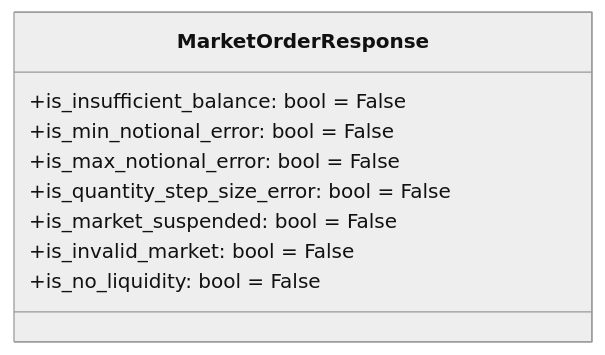
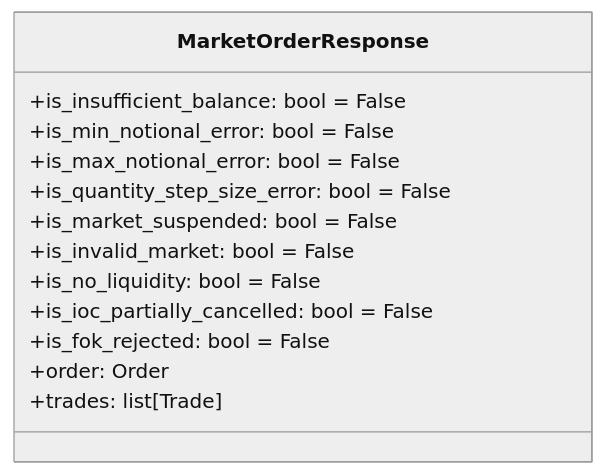
One commit to gatesplan/python-toolbox changed the fourth of 16 diagrams in packages/financial-assets/financial_assets/response/Architecture.md. Above: the diagram before and after it, drawn with Mermaid (neutral theme). The commit also changed other lines of this file and 10 other files, not shown here.

````diff
--- a/packages/financial-assets/financial_assets/response/Architecture.md
+++ b/packages/financial-assets/financial_assets/response/Architecture.md
@@ -141,12 +150,16 @@
 ```mermaid
 classDiagram
     class MarketOrderResponse {
         +is_insufficient_balance: bool = False
         +is_min_notional_error: bool = False
         +is_max_notional_error: bool = False
         +is_quantity_step_size_error: bool = False
         +is_market_suspended: bool = False
         +is_invalid_market: bool = False
         +is_no_liquidity: bool = False
+        +is_ioc_partially_cancelled: bool = False
+        +is_fok_rejected: bool = False
+        +order: Order
+        +trades: list[Trade]
     }
 ```
````
